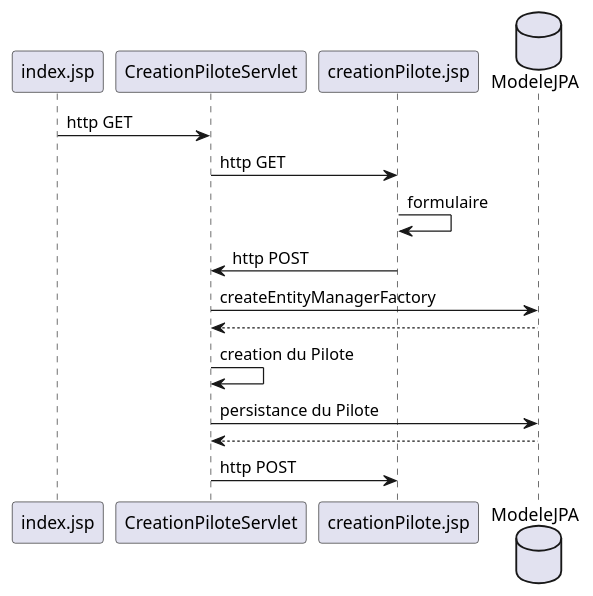
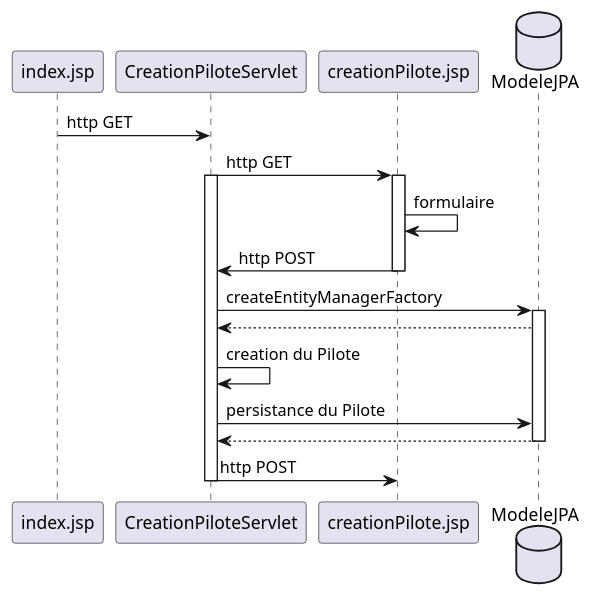
Before and after one commit to roquesfr/Star-Wars: the diagram in Diagrammes/PlantUml/creationPilote.plantuml, drawn with PlantUML. The commit also changed 2 other files, not shown here.

Commit message:
photo modele E/A et amélioration creation pilote plantuml

```diff
--- a/Diagrammes/PlantUml/creationPilote.plantuml
+++ b/Diagrammes/PlantUml/creationPilote.plantuml
@@ -1,17 +1,23 @@
 @startuml creationPilote
 participant index.jsp as accueil
 participant CreationPiloteServlet as serlvet
 participant creationPilote.jsp as creation
 database ModeleJPA as bdd
 
 accueil -> serlvet: http GET
 serlvet -> creation : http GET
+activate serlvet
+activate creation
 creation -> creation : formulaire
 creation -> serlvet : http POST
+deactivate creation
 serlvet -> bdd : createEntityManagerFactory
+activate bdd
 bdd --> serlvet :
 serlvet -> serlvet : creation du Pilote
 serlvet -> bdd : persistance du Pilote
-bdd --> serlvet: 
+bdd --> serlvet
+deactivate bdd
 serlvet -> creation : http POST
+deactivate serlvet
 @enduml
```
